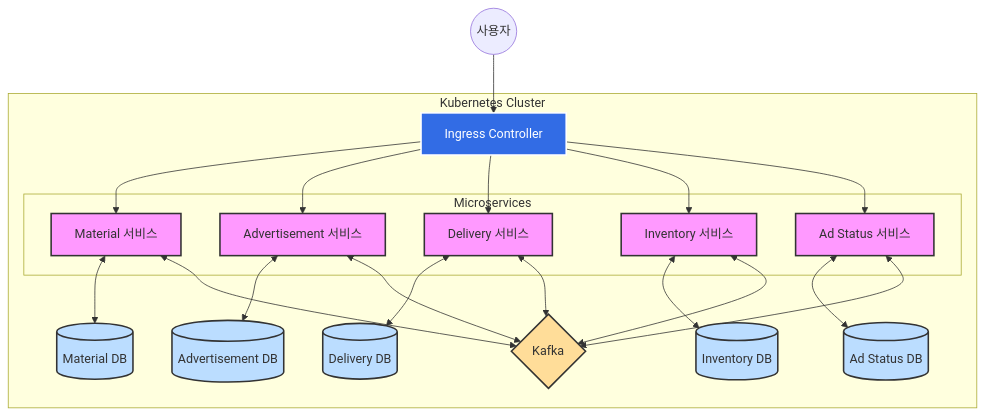
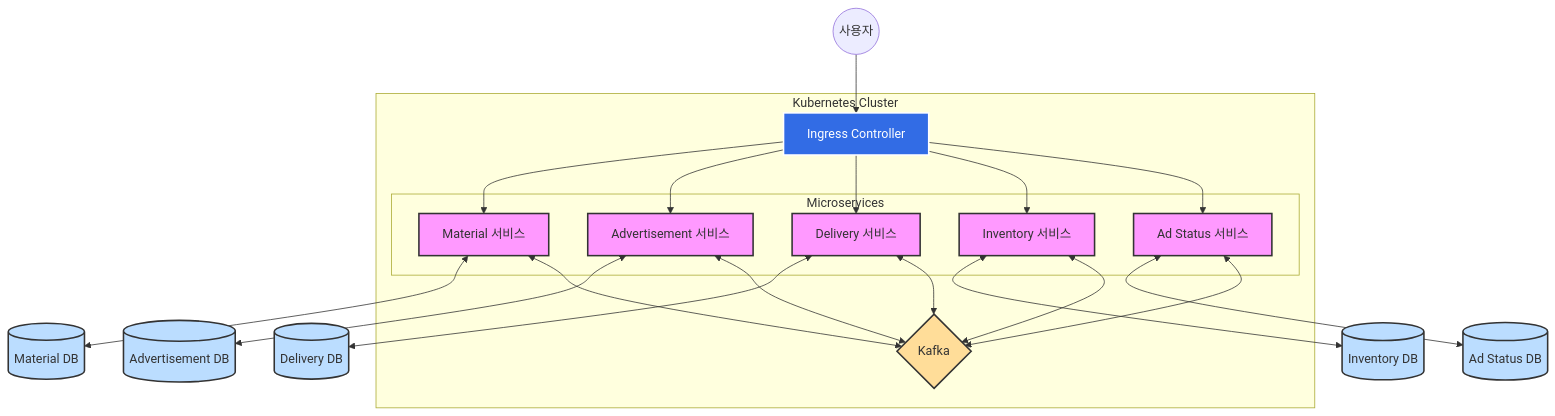
One commit to DYM772/msad changed the diagram in README.md. Above: the diagram before and after it, drawn with Mermaid.

````diff
--- a/README.md
+++ b/README.md
@@ -30,55 +30,56 @@
 ```mermaid
 graph TD
     User((사용자))
     
     subgraph Kubernetes Cluster
         IC[Ingress Controller]
         
         subgraph Microservices
             MS1[Material 서비스]
             MS2[Advertisement 서비스]
             MS3[Delivery 서비스]
             MS4[Inventory 서비스]
             MS5[Ad Status 서비스]
         end
         
         Kafka{Kafka}
         
-        DB1[(Material DB)]
-        DB2[(Advertisement DB)]
-        DB3[(Delivery DB)]
-        DB4[(Inventory DB)]
-        DB5[(Ad Status DB)]
     end
+
+    DB1[(Material DB)]
+    DB2[(Advertisement DB)]
+    DB3[(Delivery DB)]
+    DB4[(Inventory DB)]
+    DB5[(Ad Status DB)]
     
     User --> IC
     IC --> MS1
     IC --> MS2
     IC --> MS3
     IC --> MS4
     IC --> MS5
     
     MS1 <--> DB1
     MS2 <--> DB2
     MS3 <--> DB3
     MS4 <--> DB4
     MS5 <--> DB5
     
     MS1 <--> Kafka
     MS2 <--> Kafka
     MS3 <--> Kafka
     MS4 <--> Kafka
     MS5 <--> Kafka
 
     classDef k8s fill:#326CE5,color:#fff,stroke:#fff,stroke-width:2px;
     class IC,Kubernetes k8s;
     
     classDef microservice fill:#f9f,stroke:#333,stroke-width:2px;
     class MS1,MS2,MS3,MS4,MS5 microservice;
     
     classDef database fill:#bdf,stroke:#333,stroke-width:2px;
     class DB1,DB2,DB3,DB4,DB5 database;
     
     classDef kafka fill:#fd9,stroke:#333,stroke-width:2px;
     class Kafka kafka;
 ```
````
